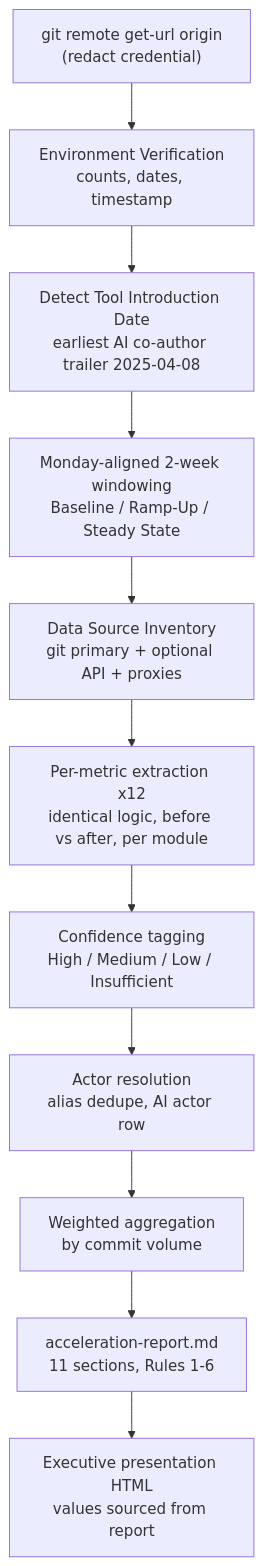
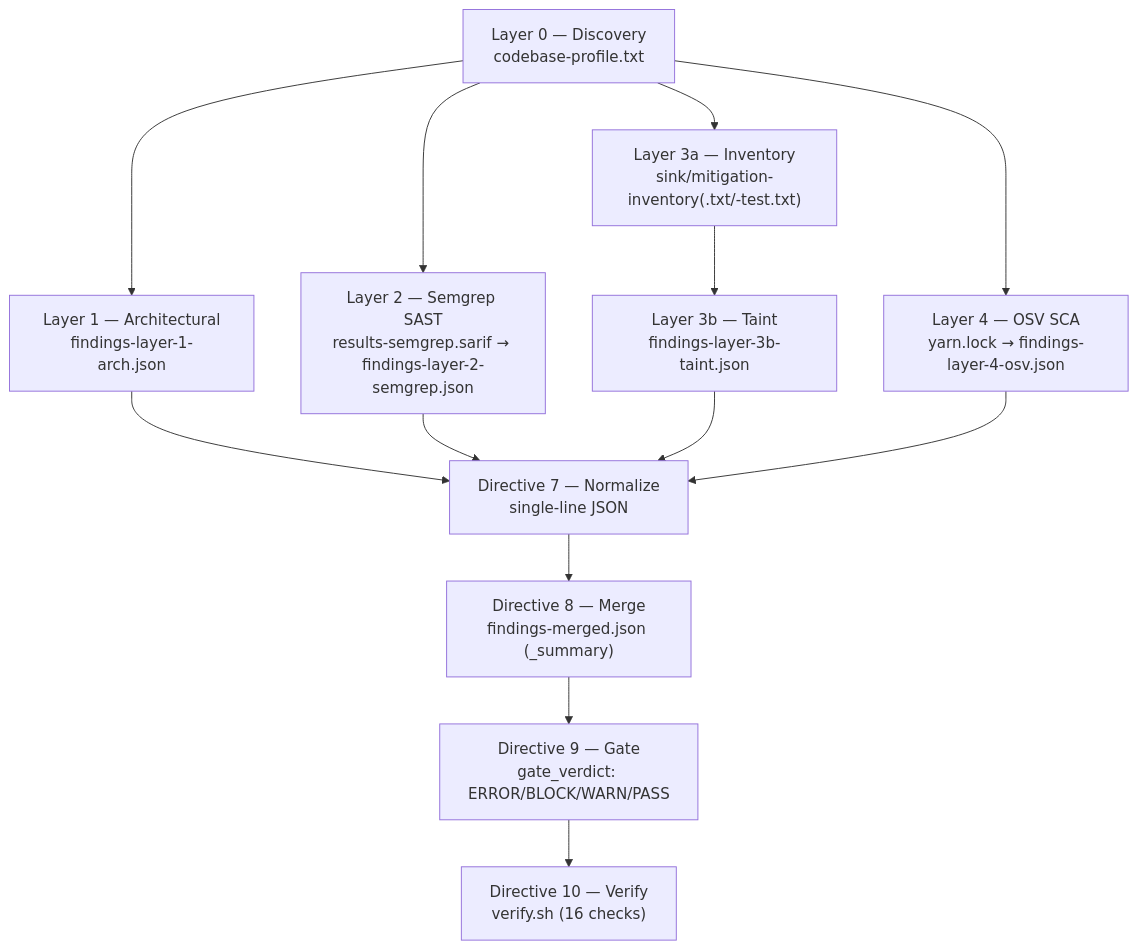
The diagram in blitzy/documentation/Agent Action Plan.md (Blitzy-Sandbox/blitzy-cal), drawn with Mermaid before and after one commit. The commit also changed other lines of this file, not shown here.

````diff
--- a/blitzy/documentation/Agent Action Plan.md
+++ b/blitzy/documentation/Agent Action Plan.md
@@ -274,14 +144,16 @@
 ```mermaid
-flowchart TB
-    A["git remote get-url origin<br/>(redact credential)"] --> B["Environment Verification<br/>counts, dates, timestamp"]
-    B --> C["Detect Tool Introduction Date<br/>earliest AI co-author trailer 2025-04-08"]
-    C --> D["Monday-aligned 2-week windowing<br/>Baseline / Ramp-Up / Steady State"]
-    D --> E["Data Source Inventory<br/>git primary + optional API + proxies"]
-    E --> F["Per-metric extraction x12<br/>identical logic, before vs after, per module"]
-    F --> G["Confidence tagging<br/>High / Medium / Low / Insufficient"]
-    G --> H["Actor resolution<br/>alias dedupe, AI actor row"]
-    H --> I["Weighted aggregation<br/>by commit volume"]
-    I --> J["acceleration-report.md<br/>11 sections, Rules 1-6"]
-    J --> K["Executive presentation HTML<br/>values sourced from report"]
-%% Read-only on the analyzed codebase; only J and K are written
+flowchart TD
+    L0["Layer 0 — Discovery<br/>codebase-profile.txt"] --> L1["Layer 1 — Architectural<br/>findings-layer-1-arch.json"]
+    L0 --> L2["Layer 2 — Semgrep SAST<br/>results-semgrep.sarif → findings-layer-2-semgrep.json"]
+    L0 --> L3a["Layer 3a — Inventory<br/>sink/mitigation-inventory(.txt/-test.txt)"]
+    L0 --> L4["Layer 4 — OSV SCA<br/>yarn.lock → findings-layer-4-osv.json"]
+    L3a --> L3b["Layer 3b — Taint<br/>findings-layer-3b-taint.json"]
+    L1 --> D7["Directive 7 — Normalize<br/>single-line JSON"]
+    L2 --> D7
+    L3b --> D7
+    L4 --> D7
+    D7 --> D8["Directive 8 — Merge<br/>findings-merged.json (_summary)"]
+    D8 --> D9["Directive 9 — Gate<br/>gate_verdict: ERROR/BLOCK/WARN/PASS"]
+    D9 --> D10["Directive 10 — Verify<br/>verify.sh (16 checks)"]
+%% Layer 0 is the foundation; L1/L2/L3a/L4 are independent; L3b depends on L3a
 ```
````
